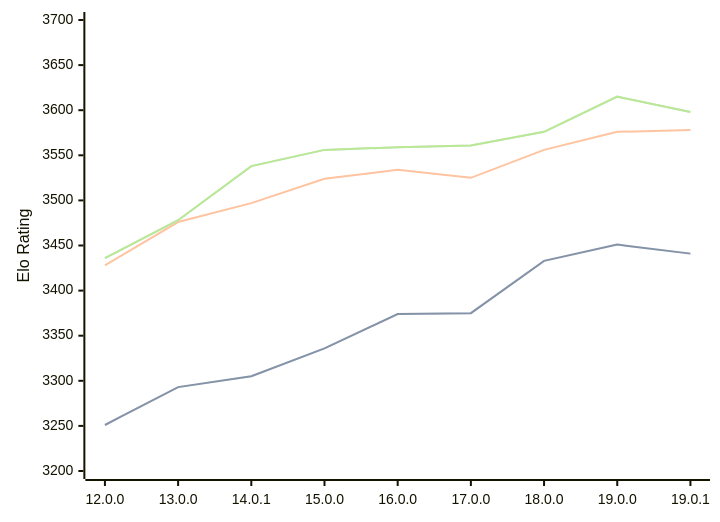
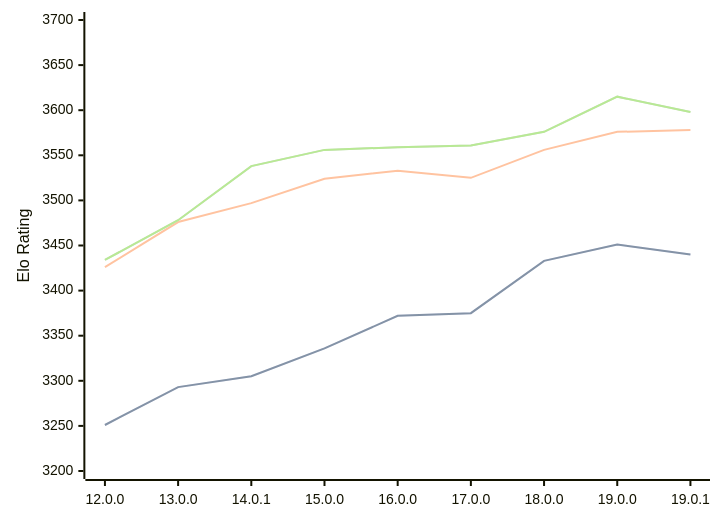
Before and after one commit to computer-chess-index/cci: the diagram in engines/Viridithas.md, drawn with Mermaid. The commit also changed other lines of this file, not shown here.

Commit message:
Update CCI Ratings (ELO VLTC) - 2026-02-27

````diff
--- a/engines/Viridithas.md
+++ b/engines/Viridithas.md
@@ -61,11 +61,11 @@
 ```mermaid
 %%{init: {"theme":"base","themeVariables":{"seriesColors:['#a3a3a3','#222221','#faa371']}}}%%
 xychart-beta
   x-axis ["12.0.0", "13.0.0", "14.0.1", "15.0.0", "16.0.0", "17.0.0", "18.0.0", "19.0.0", "19.0.1"]
   y-axis "Elo Rating" 3200 --> 3700
-  line "STC (8.0+0.08s)" [3251, 3293, 3305, 3336, 3374, 3375, 3433, 3451, 3441]
-  line "STC (8.0+0.08s)" [3251, 3293, 3305, 3336, 3374, 3375, 3433, 3451, 3441]
-  line "LTC (60.0+0.60s)" [3428, 3476, 3497, 3524, 3534, 3525, 3556, 3576, 3578]
-  line "VLTC (2m24s+1.12s)" [3436, 3478, 3538, 3556, 3559, 3561, 3576, 3615, 3598]
-  line "VLTC (2m24s+1.12s)" [3436, 3478, 3538, 3556, 3559, 3561, 3576, 3615, 3598]
+  line "STC (8.0+0.08s)" [3251, 3293, 3305, 3336, 3372, 3375, 3433, 3451, 3440]
+  line "STC (8.0+0.08s)" [3251, 3293, 3305, 3336, 3372, 3375, 3433, 3451, 3440]
+  line "LTC (60.0+0.60s)" [3426, 3476, 3497, 3524, 3533, 3525, 3556, 3576, 3578]
+  line "VLTC (2m24s+1.12s)" [3434, 3478, 3538, 3556, 3559, 3561, 3576, 3615, 3598]
+  line "VLTC (2m24s+1.12s)" [3434, 3478, 3538, 3556, 3559, 3561, 3576, 3615, 3598]
 ```
````
